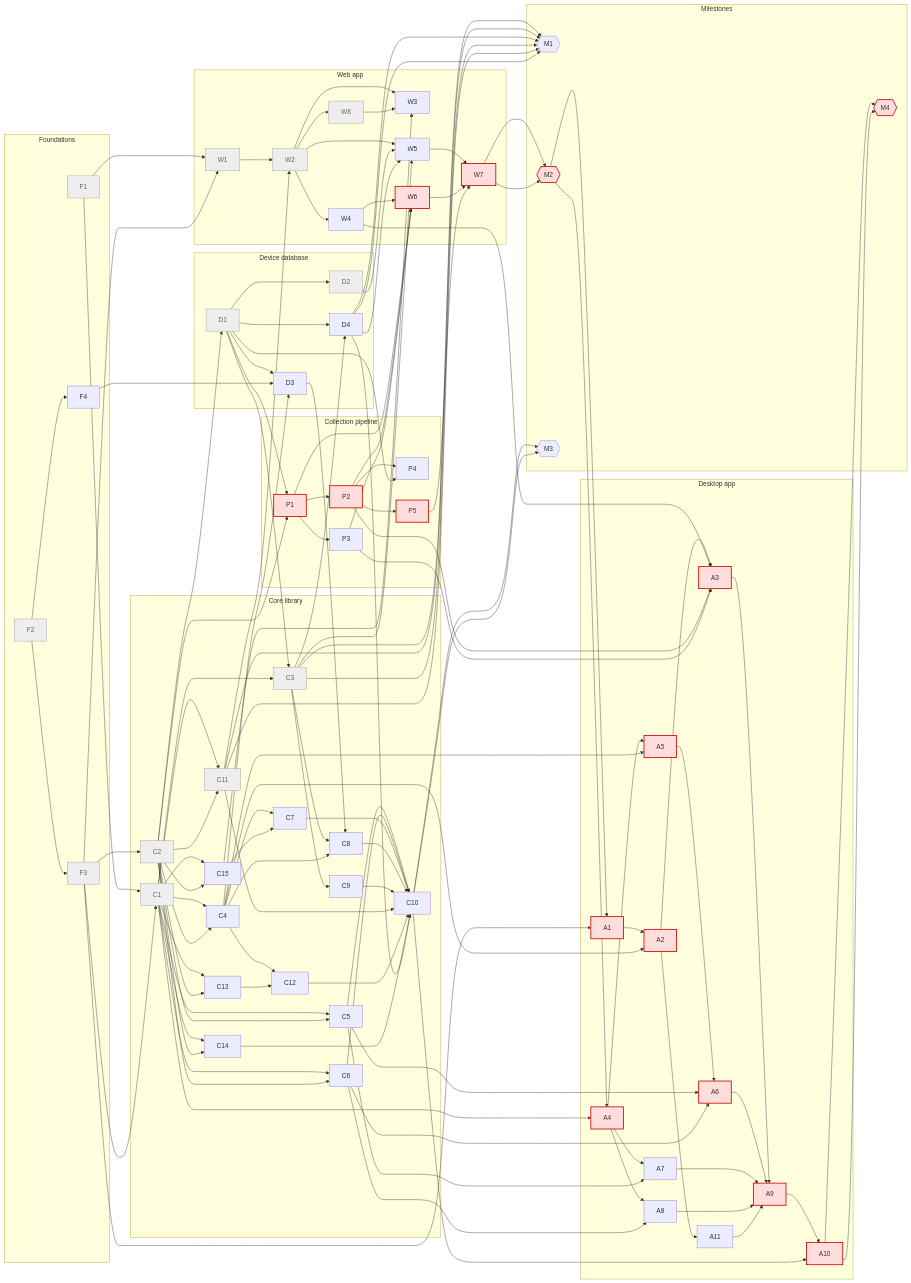
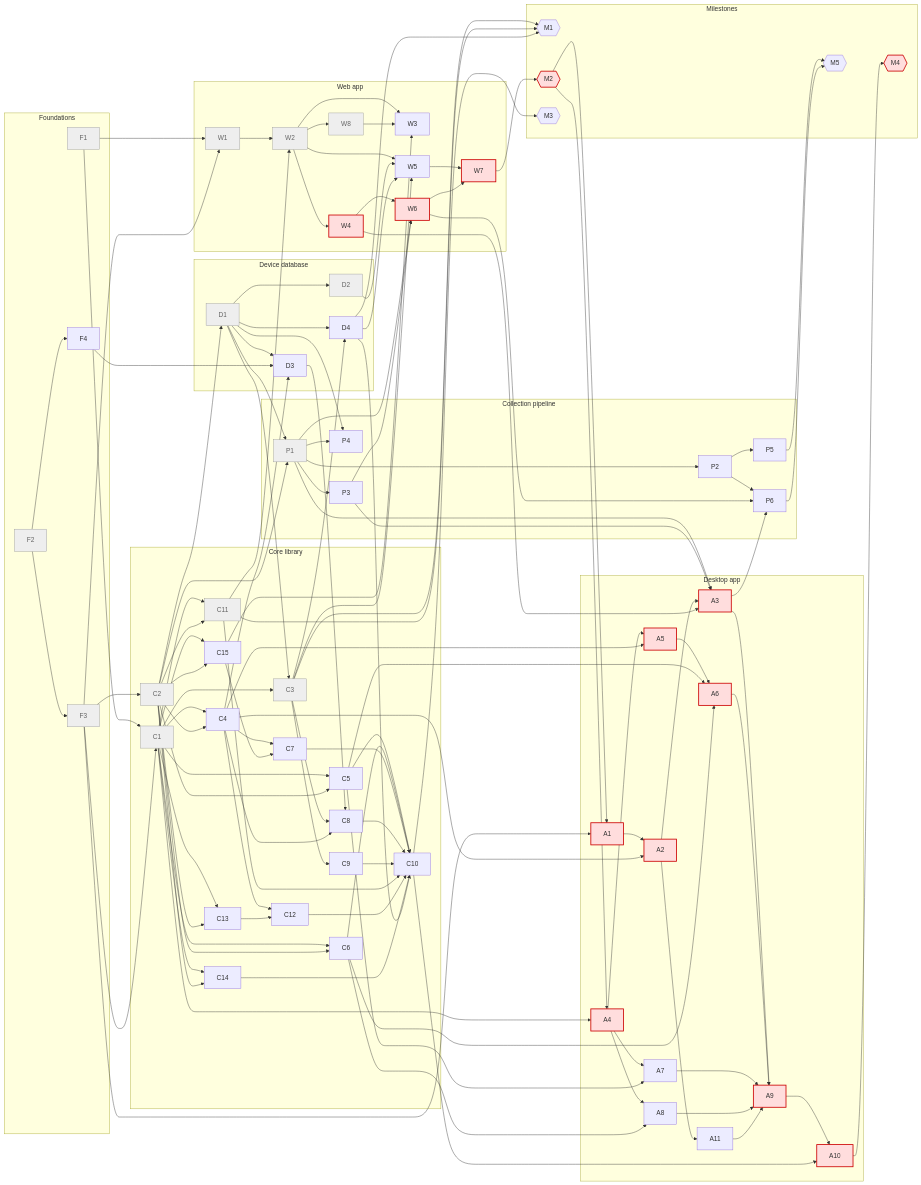
Before and after one commit to anygamepad/anygamepad.github.io: the third of 3 diagrams in ROADMAP/2026-10-14/README.md, drawn with Mermaid. The commit also changed other lines of this file and 7 other files, not shown here.

First line of the commit message:
Roadmap 2026-10-14: re-plan around ADR 0007, P1 done

````diff
--- a/ROADMAP/2026-10-14/README.md
+++ b/ROADMAP/2026-10-14/README.md
@@ -286,6 +316,7 @@
         p3[P3]
         p4[P4]
         p5[P5]
+        p6[P6]
     end
     subgraph web_app[Web app]
         w1[W1]
@@ -315,6 +346,7 @@
         m2{{M2}}
         m3{{M3}}
         m4{{M4}}
+        m5{{M5}}
     end
     f2 --> f3
     f2 --> f4
@@ -365,9 +397,12 @@
     d1 --> p1
     p1 --> p2
     p1 --> p3
-    p2 --> p4
+    p1 --> p4
     d1 --> p4
     p2 --> p5
+    p2 --> p6
+    w6 --> p6
+    a3 --> p6
     f1 --> w1
     f3 --> w1
     w1 --> w2
@@ -383,11 +418,9 @@
     d4 --> w5
     w4 --> w6
     p1 --> w6
-    p2 --> w6
     p3 --> w6
     w5 --> w7
     w6 --> w7
-    p5 --> w7
     f3 --> a1
     m2 --> a1
     c1 --> a4
@@ -402,7 +435,7 @@
     c4 --> a2
     a2 --> a3
     w4 --> a3
-    p2 --> a3
+    p1 --> a3
     p3 --> a3
     a5 --> a6
     c5 --> a6
@@ -421,14 +454,10 @@
     w7 --> m2
     c10 --> m3
     a10 --> m4
-    c3 --> m1
-    c11 --> m1
-    d4 --> m1
-    w7 --> m2
-    c10 --> m3
-    a10 --> m4
+    p5 --> m5
+    p6 --> m5
     classDef crit fill:#fdd,stroke:#c00,stroke-width:2px
     classDef done fill:#eee,stroke:#999,color:#666
-    class p1,p2,p5,w6,w7,a1,a4,a5,a2,a3,a6,a9,a10,m2,m4,m2,m4 crit
-    class f1,f2,f3,c1,c2,c3,c11,d1,d2,w1,w2,w8 done
+    class w4,w6,w7,a1,a4,a5,a2,a3,a6,a9,a10,m2,m4 crit
+    class f1,f2,f3,c1,c2,c3,c11,d1,d2,p1,w1,w2,w8 done
 ```
````
